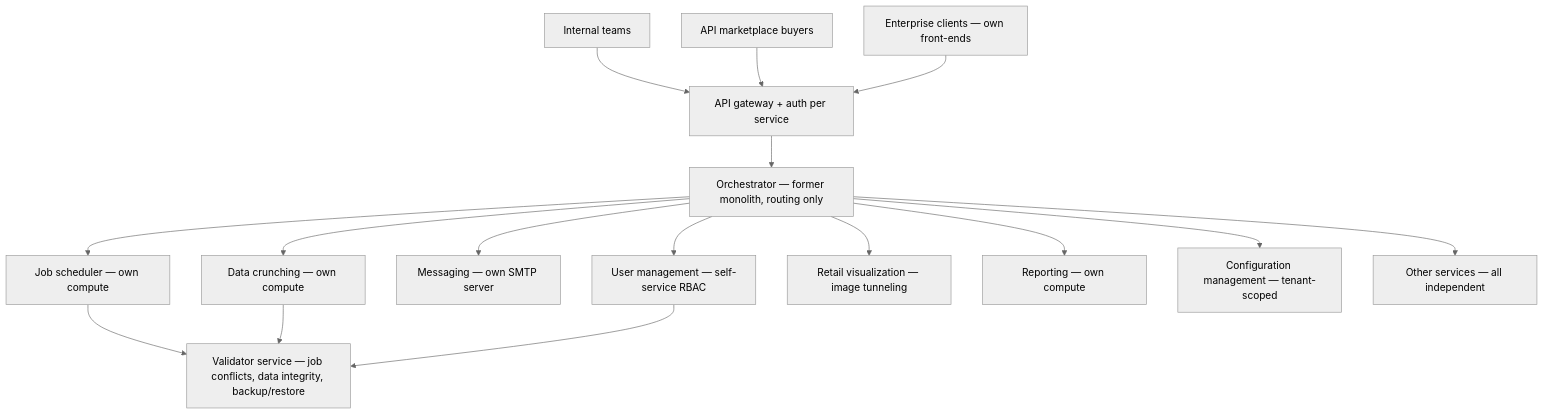
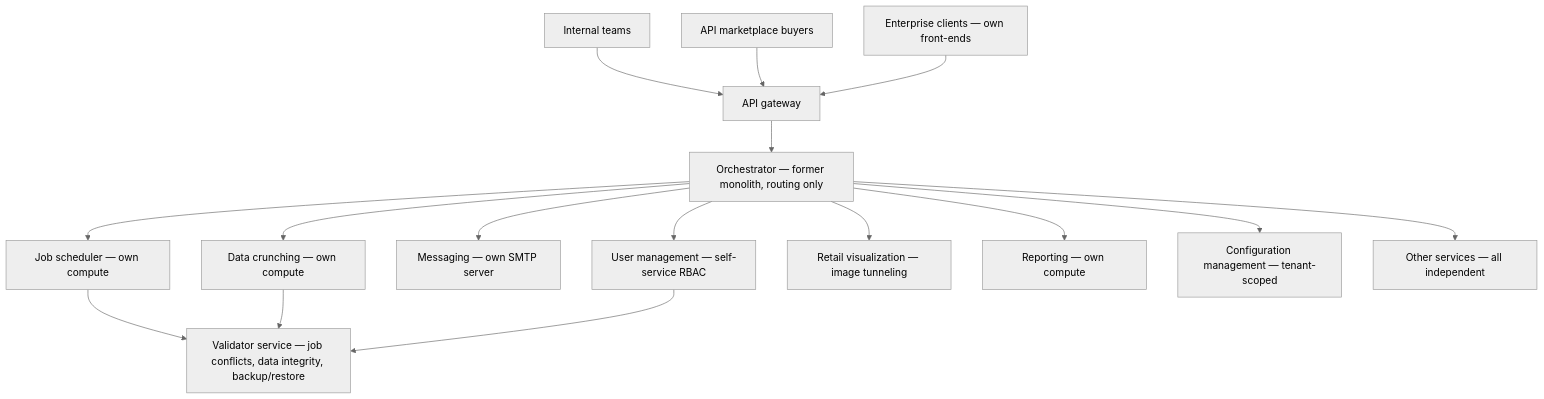
One commit to ShashwatSharmaPM/platform-decomposition-api-marketplace changed the diagram in diagrams/after-state.md. Above: the diagram before and after it, drawn with Mermaid. The commit also changed other lines of this file, not shown here.

````diff
--- a/diagrams/after-state.md
+++ b/diagrams/after-state.md
@@ -5,24 +5,24 @@
 ```mermaid
 %%{init: {'theme': 'neutral'}}%%
 graph TD
     INT[Internal teams] --> GW
     MKT[API marketplace buyers] --> GW
     ENT[Enterprise clients — own front-ends] --> GW
 
-    GW[API gateway + auth per service]
+    GW[API gateway]
 
     GW --> ORCH[Orchestrator — former monolith, routing only]
 
     ORCH --> JS[Job scheduler — own compute]
     ORCH --> DC[Data crunching — own compute]
     ORCH --> MSG[Messaging — own SMTP server]
     ORCH --> UM[User management — self-service RBAC]
     ORCH --> RV[Retail visualization — image tunneling]
     ORCH --> RPT[Reporting — own compute]
     ORCH --> CFG[Configuration management — tenant-scoped]
     ORCH --> MORE[Other services — all independent]
 
     JS --> VAL[Validator service — job conflicts, data integrity, backup/restore]
     DC --> VAL
     UM --> VAL
 ```
````
